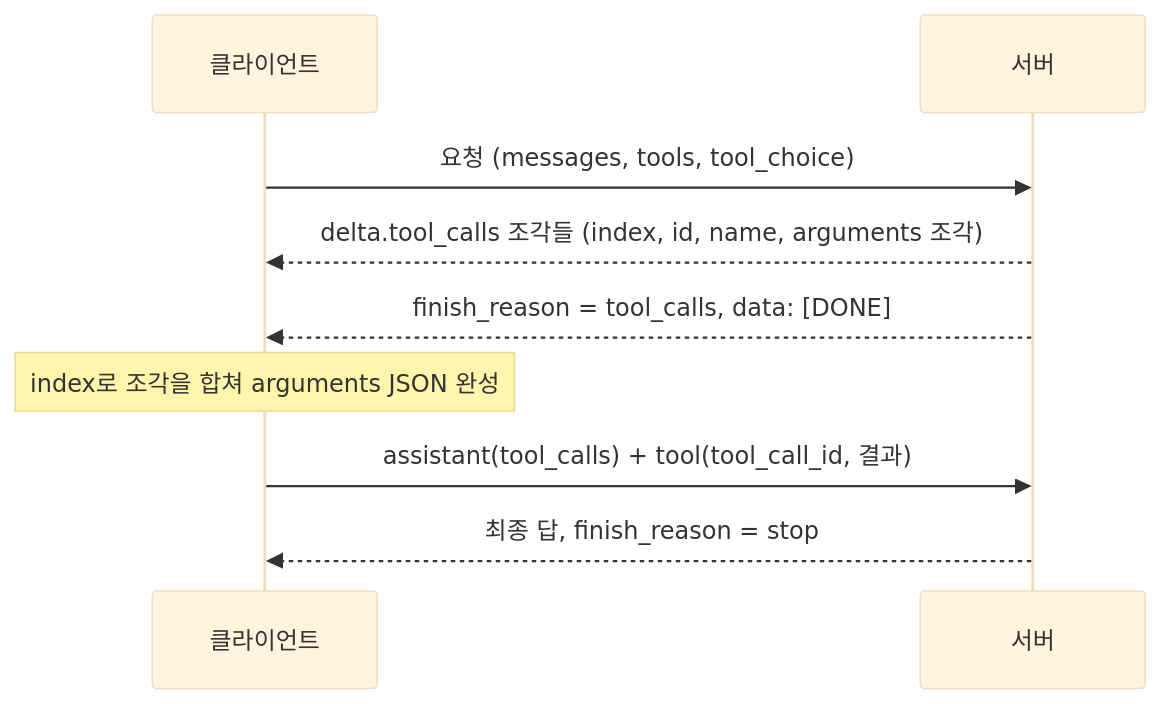
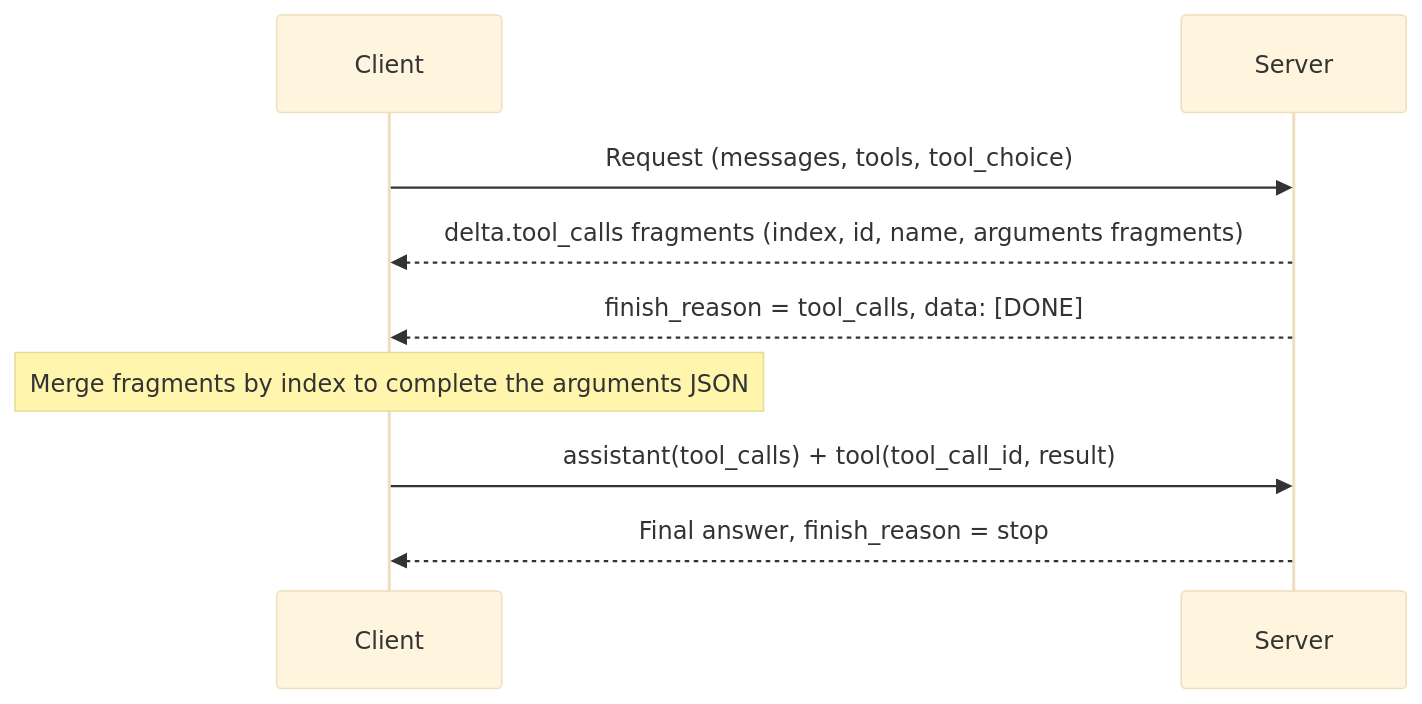
Before and after one commit to LeeGyeongPil/toolcall-conformance: the second of 2 diagrams in README.md, drawn with Mermaid (base theme). The commit also changed other lines of this file and 2 other files, not shown here.

````diff
--- a/README.md
+++ b/README.md
@@ -172,11 +170,11 @@
 ```mermaid
 sequenceDiagram
-  participant C as 클라이언트
-  participant S as 서버
-  C->>S: 요청 (messages, tools, tool_choice)
-  S-->>C: delta.tool_calls 조각들 (index, id, name, arguments 조각)
+  participant C as Client
+  participant S as Server
+  C->>S: Request (messages, tools, tool_choice)
+  S-->>C: delta.tool_calls fragments (index, id, name, arguments fragments)
   S-->>C: finish_reason = tool_calls, data: [DONE]
-  Note over C: index로 조각을 합쳐 arguments JSON 완성
-  C->>S: assistant(tool_calls) + tool(tool_call_id, 결과)
-  S-->>C: 최종 답, finish_reason = stop
+  Note over C: Merge fragments by index to complete the arguments JSON
+  C->>S: assistant(tool_calls) + tool(tool_call_id, result)
+  S-->>C: Final answer, finish_reason = stop
 ```
````
